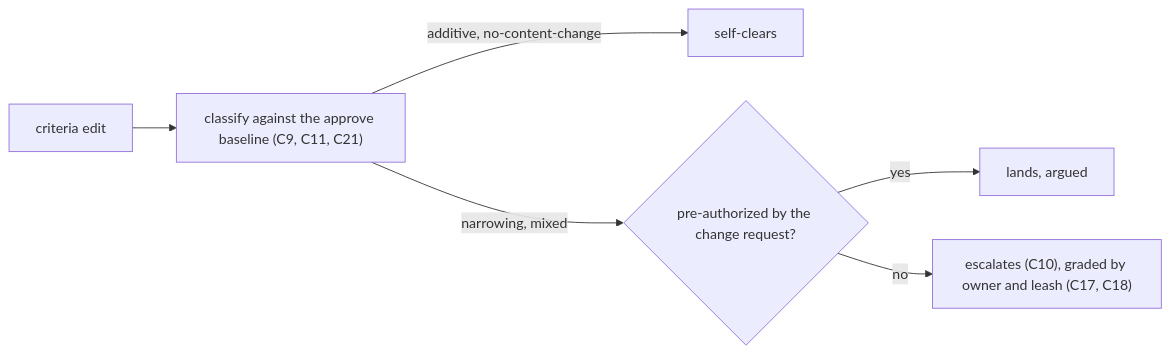
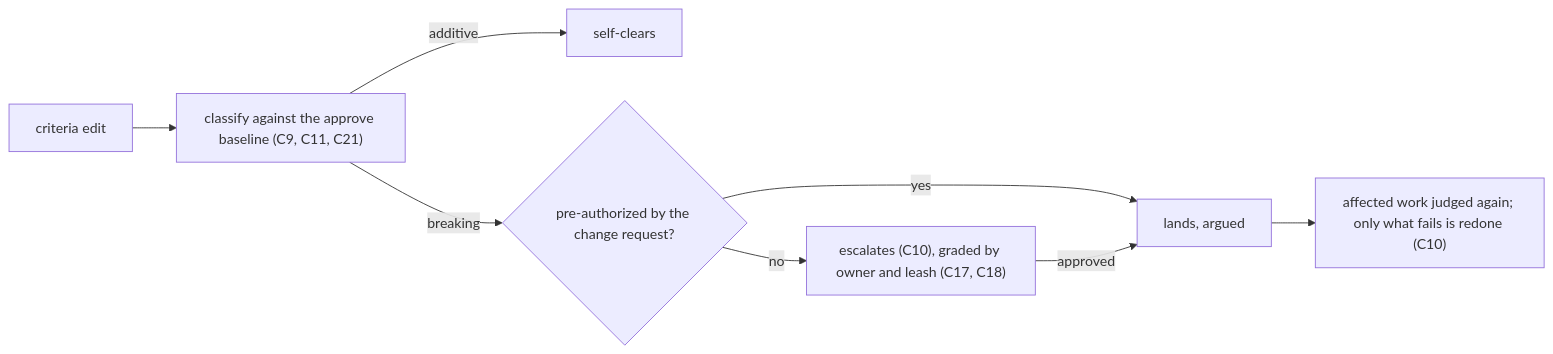
The ninth of 10 diagrams in packages/cyber-sdd/.agents/spec/governances/criteria-governance.md (cyberuni/cyber-sdd), drawn with Mermaid before and after one commit. The commit also changed other lines of this file, not shown here.

First line of the commit message:
docs(sdd2): classify criteria edits as additive or breaking (C9, C10)

````diff
--- a/packages/cyber-sdd/.agents/spec/governances/criteria-governance.md
+++ b/packages/cyber-sdd/.agents/spec/governances/criteria-governance.md
@@ -497,8 +508,10 @@
 ```mermaid
 flowchart LR
   ed["criteria edit"] --> cl["classify against the approve baseline (C9, C11, C21)"]
-  cl -- "additive, no-content-change" --> sc["self-clears"]
-  cl -- "narrowing, mixed" --> pa{"pre-authorized by the change request?"}
+  cl -- "additive" --> sc["self-clears"]
+  cl -- "breaking" --> pa{"pre-authorized by the change request?"}
   pa -- yes --> la["lands, argued"]
   pa -- no --> es["escalates (C10), graded by owner and leash (C17, C18)"]
+  es -- approved --> la
+  la --> rj["affected work judged again; only what fails is redone (C10)"]
 ```
````
